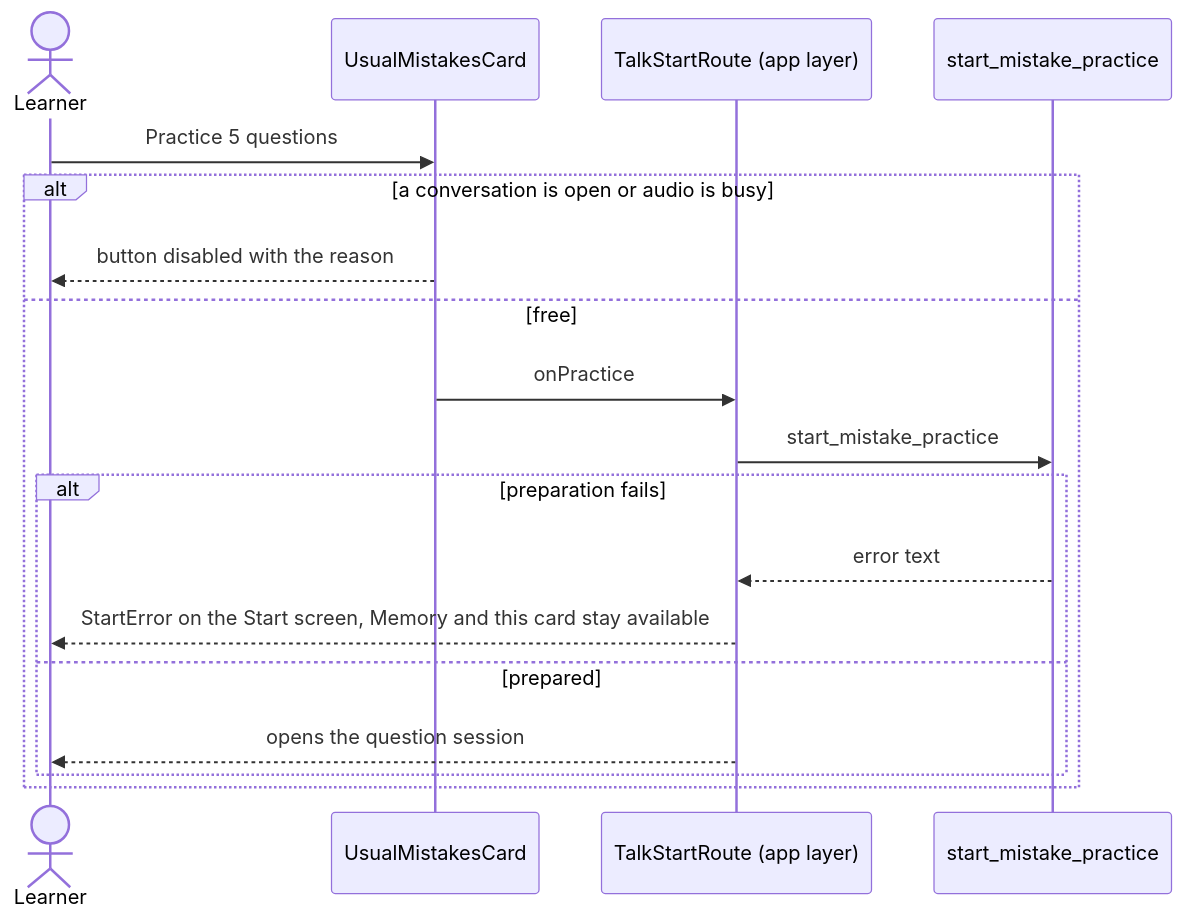
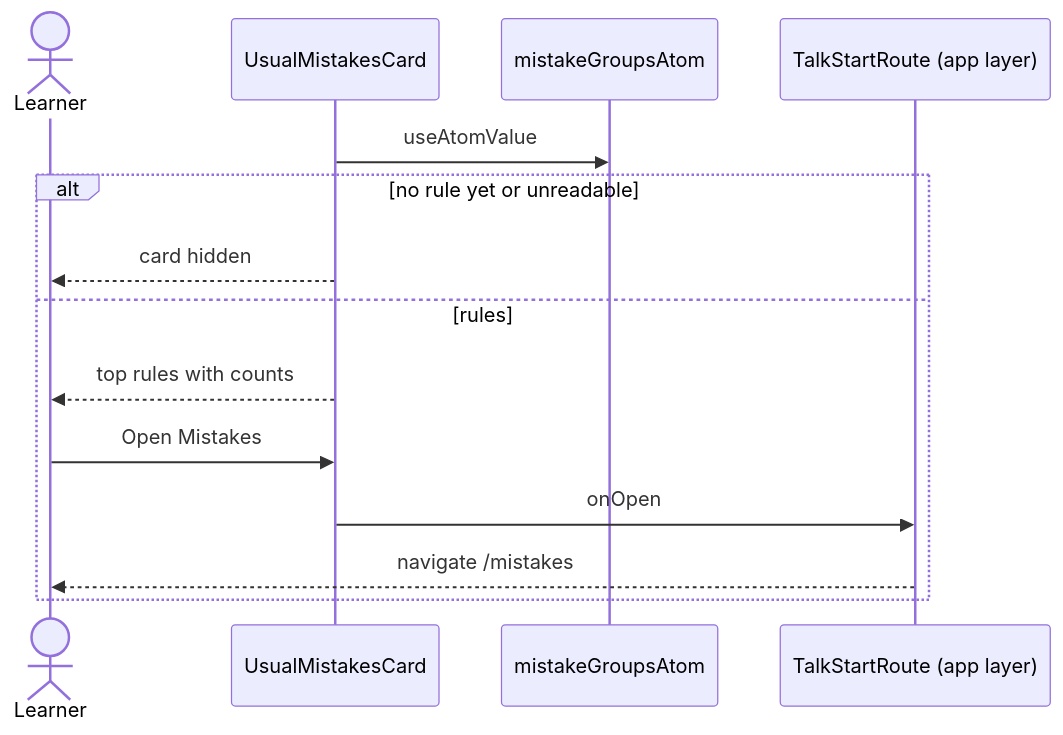
One commit to oleksii-latyshev/english-trainer changed the diagram in src/features/usual-mistakes/flow.md. Above: the diagram before and after it, drawn with Mermaid. The commit also changed other lines of this file and 80 other files, not shown here.

First line of the commit message:
feat(coaching): Mistakes screen grouped by rule (M1) (#163)

````diff
--- a/src/features/usual-mistakes/flow.md
+++ b/src/features/usual-mistakes/flow.md
@@ -7,21 +7,17 @@
 ```mermaid
 sequenceDiagram
     actor Learner
     participant Card as UsualMistakesCard
+    participant Atoms as mistakeGroupsAtom
     participant App as TalkStartRoute (app layer)
-    participant Rust as start_mistake_practice
 
-    Learner->>Card: Practice 5 questions
-    alt a conversation is open or audio is busy
-        Card-->>Learner: button disabled with the reason
-    else free
-        Card->>App: onPractice
-        App->>Rust: start_mistake_practice
-        alt preparation fails
-            Rust-->>App: error text
-            App-->>Learner: StartError on the Start screen, Memory and this card stay available
-        else prepared
-            App-->>Learner: opens the question session
-        end
+    Card->>Atoms: useAtomValue
+    alt no rule yet or unreadable
+        Card-->>Learner: card hidden
+    else rules
+        Card-->>Learner: top rules with counts
+        Learner->>Card: Open Mistakes
+        Card->>App: onOpen
+        App-->>Learner: navigate /mistakes
     end
 ```
````
